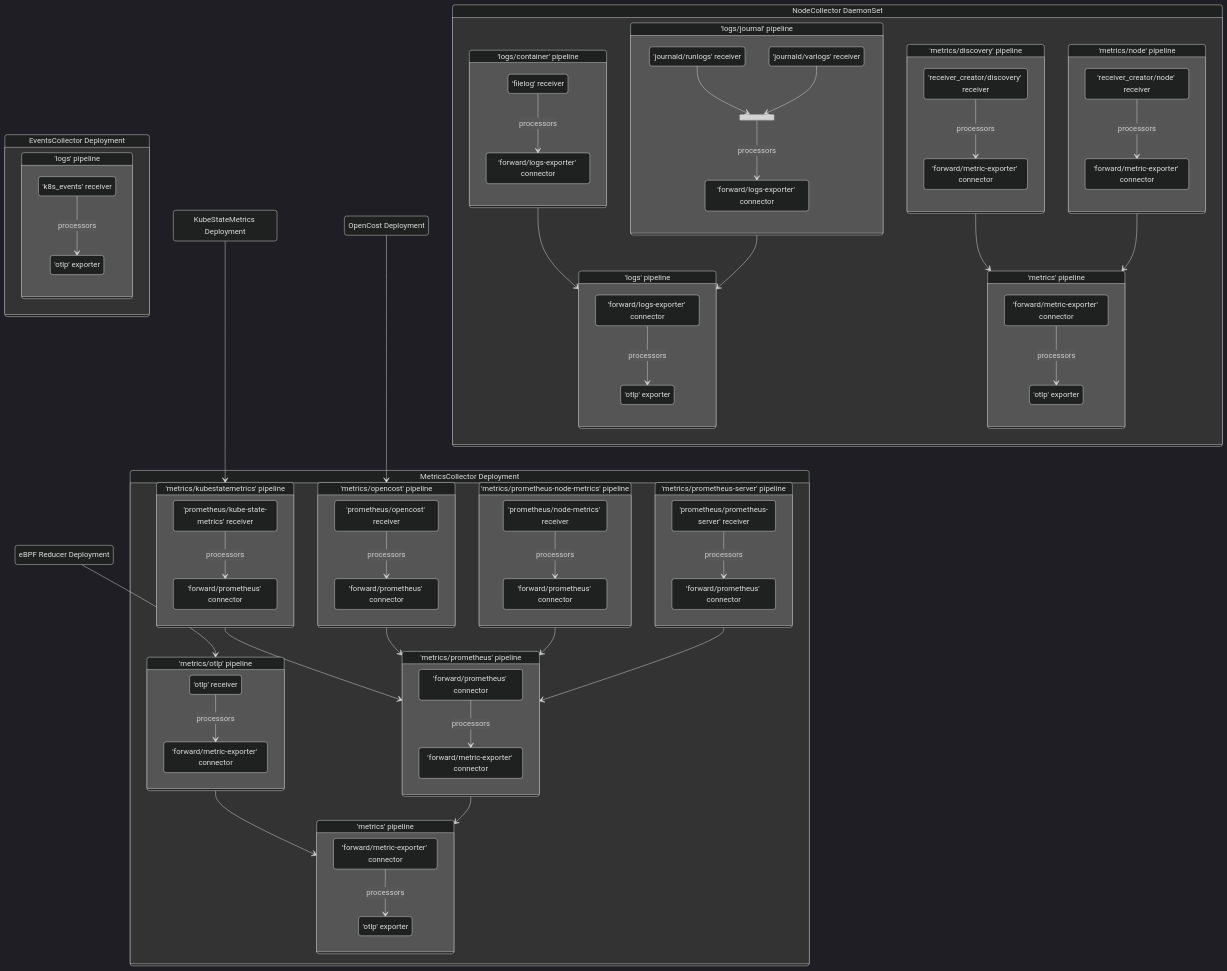
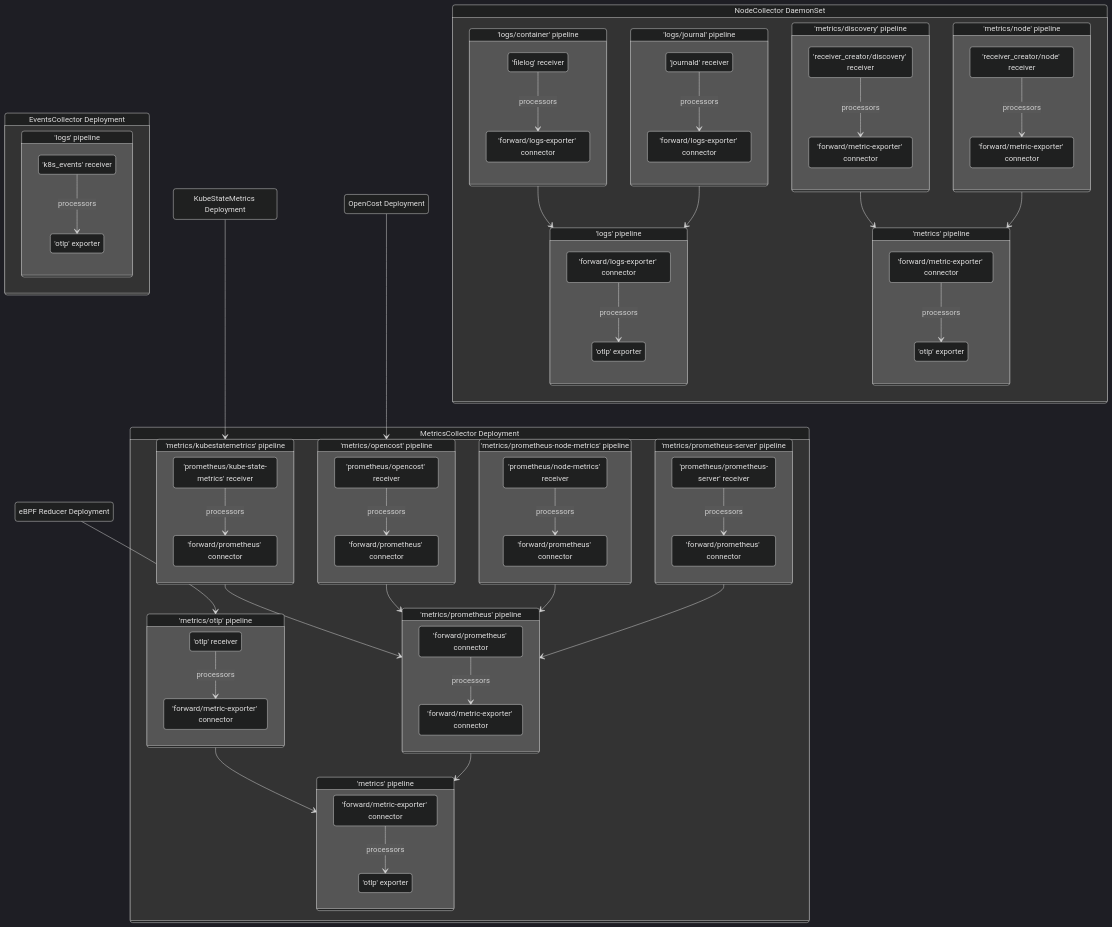
Before and after one commit to solarwinds/swi-k8s-opentelemetry-collector: the diagram in doc/collectorPipeline.md, drawn with Mermaid (dark theme). The commit also changed 2 other files, not shown here.

Commit message:
journald 0.81->0.82

```diff
--- a/doc/collectorPipeline.md
+++ b/doc/collectorPipeline.md
@@ -107,13 +107,9 @@
 
     nc_logsJournalPipeline: 'logs/journal' pipeline
     state nc_logsJournalPipeline {
-      nc_r3_1: 'journald/runlogs' receiver
-      nc_r3_2: 'journald/varlogs' receiver
-      state nc_p3 <<join>>
+      nc_r3: 'journald' receiver
       nc_e3: 'forward/logs-exporter' connector
-      nc_r3_1 --> nc_p3
-      nc_r3_2 --> nc_p3
-      nc_p3 --> nc_e3 : processors
+      nc_r3 --> nc_e3 : processors
     }
 
     nc_metricsPipeline: 'metrics' pipeline
```
